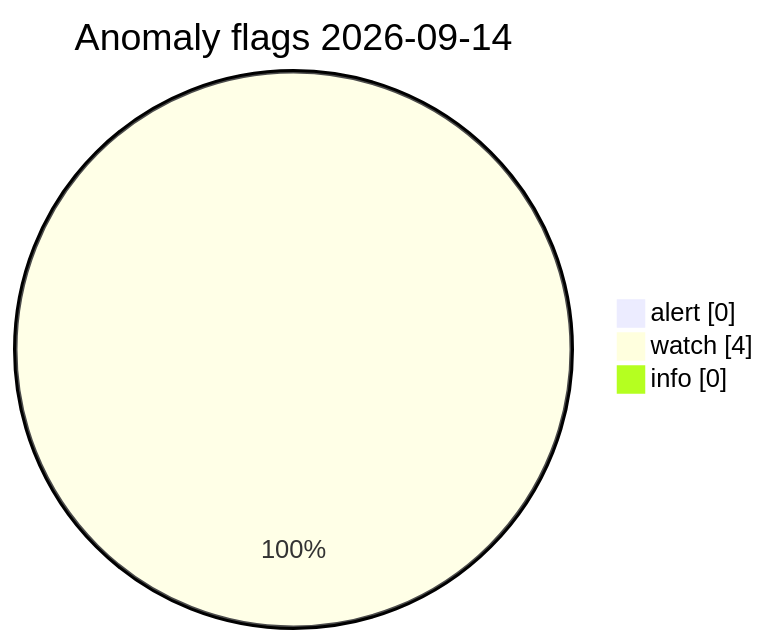
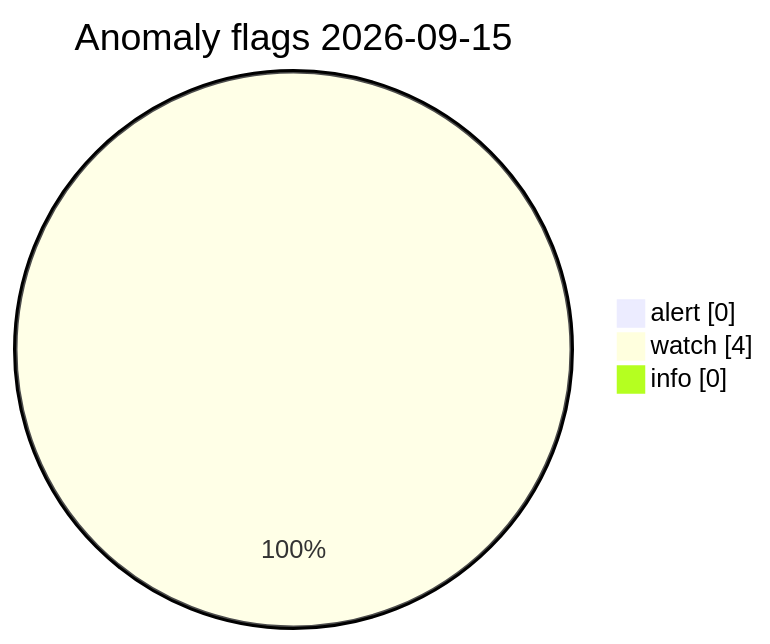
One commit to Midwest-Stratospheric/Unified-Open-Global-Weather changed the diagram in visuals/latest/CHARTS.md. Above: the diagram before and after it, drawn with Mermaid. The commit also changed other lines of this file and 11 other files, not shown here.

Commit message:
data(visuals): automated charts 2026-09-15T11:48Z

````diff
--- a/visuals/latest/CHARTS.md
+++ b/visuals/latest/CHARTS.md
@@ -73,7 +73,7 @@
 ```mermaid
 pie showData
-  title Anomaly flags 2026-09-14
+  title Anomaly flags 2026-09-15
   "alert" : 0
   "watch" : 4
   "info" : 0
 ```
````
